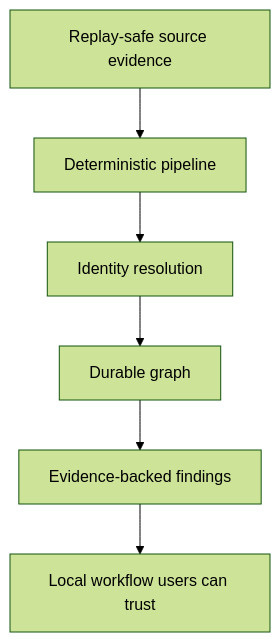
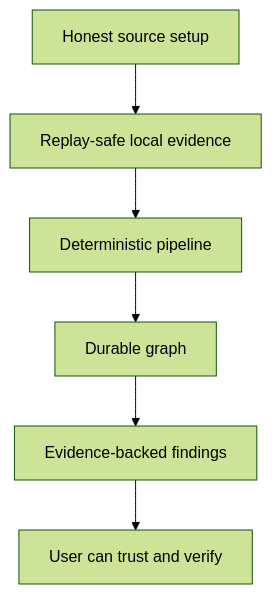
The diagram in docs/PRODUCTION_READINESS.md (sx-tane/context-os), drawn with Mermaid (forest theme) before and after one commit. The commit also changed other lines of this file and 45 other files, not shown here.

````diff
--- a/docs/PRODUCTION_READINESS.md
+++ b/docs/PRODUCTION_READINESS.md
@@ -7,8 +7,8 @@
 ```mermaid
 flowchart TD
-  SRC[Replay-safe source evidence] --> PIPE[Deterministic pipeline]
-  PIPE --> ID[Identity resolution]
-  ID --> GRAPH[Durable graph]
+  SETUP[Honest source setup] --> EVIDENCE[Replay-safe local evidence]
+  EVIDENCE --> PIPE[Deterministic pipeline]
+  PIPE --> GRAPH[Durable graph]
   GRAPH --> FIND[Evidence-backed findings]
-  FIND --> UX[Local workflow users can trust]
+  FIND --> UX[User can trust and verify]
 ```
````
